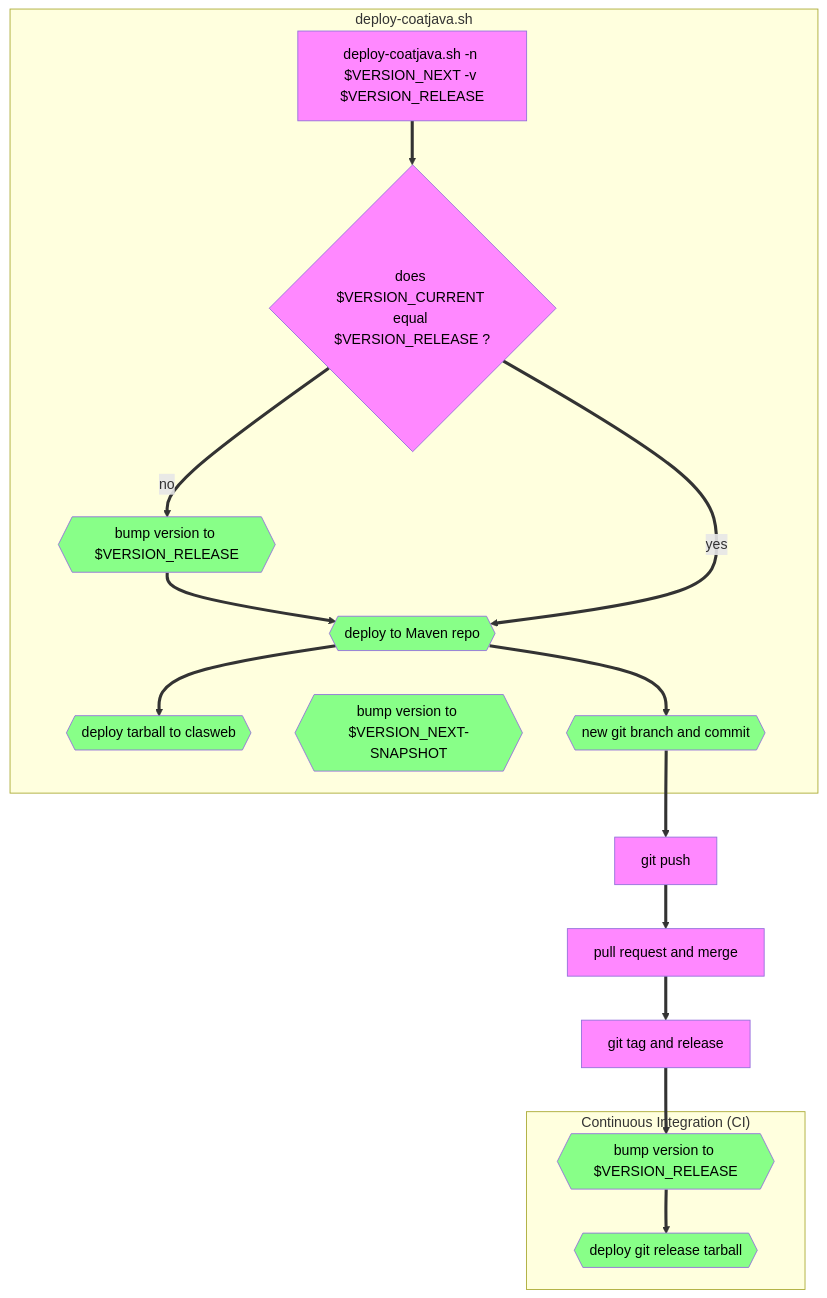
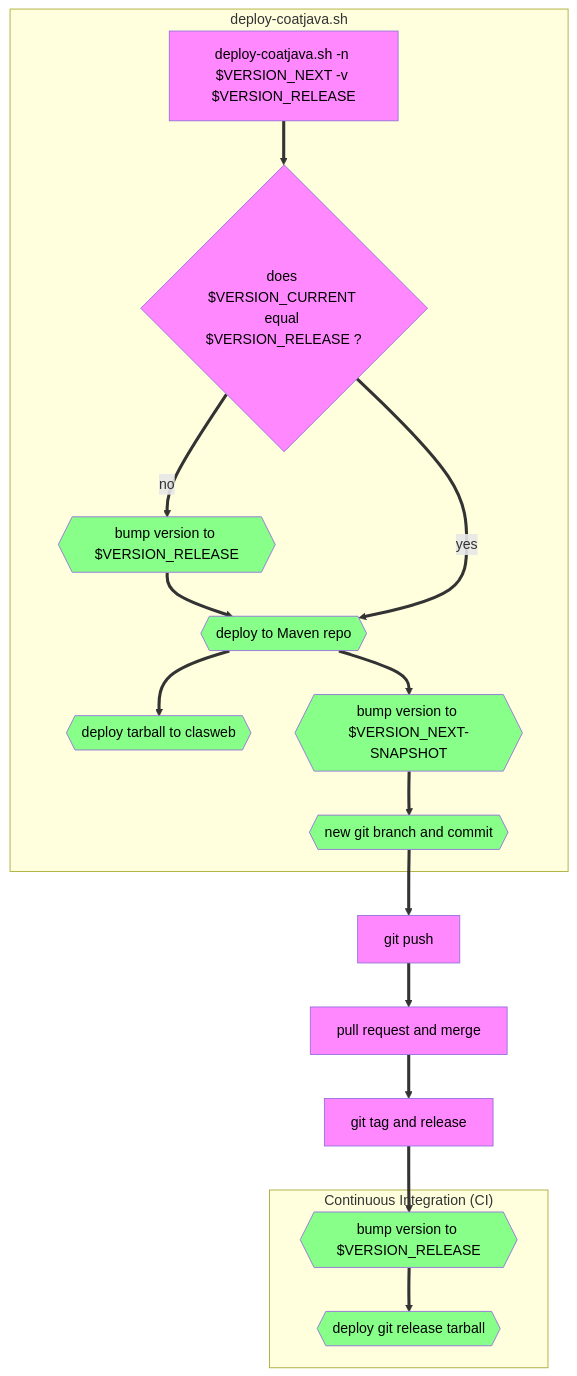
Before and after one commit to JeffersonLab/coatjava: the second of 2 diagrams in docs/dev_notes.md, drawn with Mermaid.

````diff
--- a/docs/dev_notes.md
+++ b/docs/dev_notes.md
@@ -65,30 +65,30 @@
 ```mermaid
 flowchart TB
     classDef manual    fill:#f8f,color:black
     classDef automatic fill:#8f8,color:black
 
     subgraph deploy-coatjava.sh
         deployScript[deploy-coatjava.sh -n $VERSION_NEXT -v $VERSION_RELEASE]:::manual
         useCurrent{does $VERSION_CURRENT equal $VERSION_RELEASE ?}:::manual
         bump1{{bump version to $VERSION_RELEASE}}:::automatic
         deployMaven{{deploy to Maven repo}}:::automatic
         deployTarball{{deploy tarball to clasweb}}:::automatic
         bump2{{bump version to $VERSION_NEXT-SNAPSHOT}}:::automatic
         gitCommit{{new git branch and commit}}:::automatic
     end
     gitPush[git push]:::manual
     pullRequest[pull request and merge]:::manual
     gitTag[git tag and release]:::manual
     subgraph "Continuous Integration (CI)"
         bump3{{bump version to $VERSION_RELEASE}}:::automatic
         deployGit{{deploy git release tarball}}:::automatic
     end
 
     deployScript ==> useCurrent
     useCurrent == no ==> bump1 ==> deployMaven
     useCurrent == yes ==> deployMaven
     deployMaven ==> deployTarball
-    deployMaven ==> gitCommit
+    deployMaven ==> bump2 ==> gitCommit
     gitCommit ==> gitPush ==> pullRequest ==> gitTag
     gitTag ==> bump3 ==> deployGit
 ```
````
